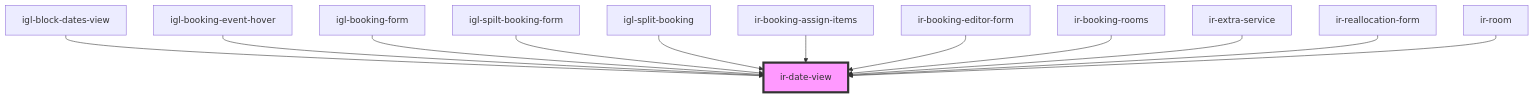
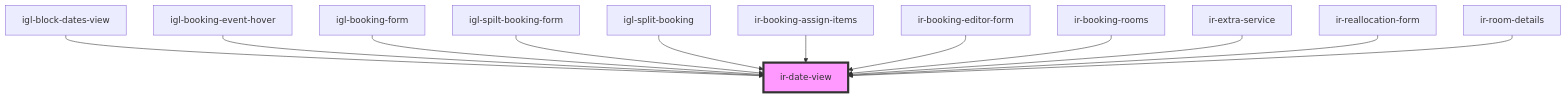
One commit to RonyRizk/ir-webcmp changed the diagram in src/components/ir-date-view/readme.md. Above: the diagram before and after it, drawn with Mermaid. The commit also changed other lines of this file and 244 other files, not shown here.

````diff
--- a/src/components/ir-date-view/readme.md
+++ b/src/components/ir-date-view/readme.md
@@ -48,15 +48,15 @@
 ```mermaid
 graph TD;
   igl-block-dates-view --> ir-date-view
   igl-booking-event-hover --> ir-date-view
   igl-booking-form --> ir-date-view
   igl-spilt-booking-form --> ir-date-view
   igl-split-booking --> ir-date-view
   ir-booking-assign-items --> ir-date-view
   ir-booking-editor-form --> ir-date-view
   ir-booking-rooms --> ir-date-view
   ir-extra-service --> ir-date-view
   ir-reallocation-form --> ir-date-view
-  ir-room --> ir-date-view
+  ir-room-details --> ir-date-view
   style ir-date-view fill:#f9f,stroke:#333,stroke-width:4px
 ```
````
